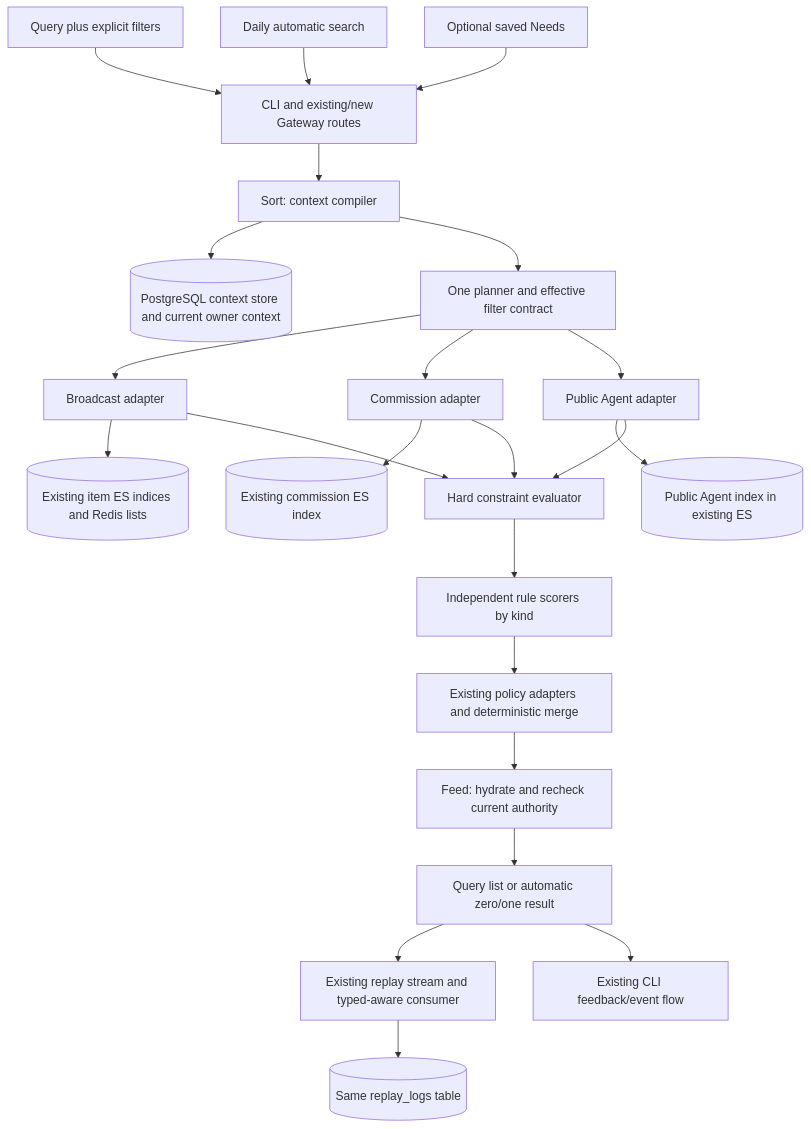
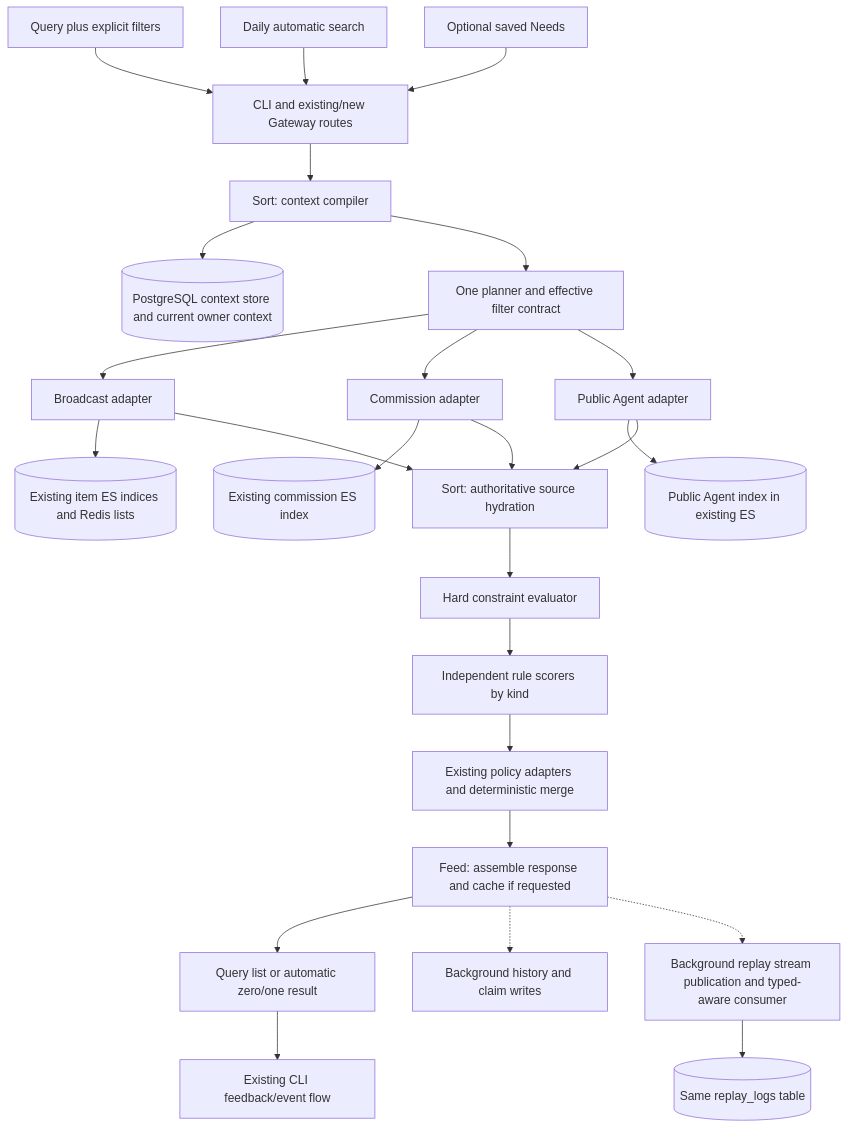
Before and after one commit to phronesis-io/eigenflux: the diagram in docs/design/need-search-mvp/design.md, drawn with Mermaid. The commit also changed other lines of this file and 17 other files, not shown here.

````diff
--- a/docs/design/need-search-mvp/design.md
+++ b/docs/design/need-search-mvp/design.md
@@ -16,25 +16,27 @@
 ```mermaid
 flowchart TD
     Q[Query plus explicit filters] --> G[CLI and existing/new Gateway routes]
     A[Daily automatic search] --> G
     N[Optional saved Needs] --> G
     G --> C[Sort: context compiler]
     C --> NS[(PostgreSQL context store and current owner context)]
     C --> P[One planner and effective filter contract]
     P --> B[Broadcast adapter]
     P --> S[Commission adapter]
     P --> R[Public Agent adapter]
     B --> EI[(Existing item ES indices and Redis lists)]
     S --> EC[(Existing commission ES index)]
     R --> EA[(Public Agent index in existing ES)]
-    B --> H[Hard constraint evaluator]
-    S --> H
-    R --> H
+    B --> HY[Sort: authoritative source hydration]
+    S --> HY
+    R --> HY
+    HY --> H[Hard constraint evaluator]
     H --> U[Independent rule scorers by kind]
     U --> Y[Existing policy adapters and deterministic merge]
-    Y --> F[Feed: hydrate and recheck current authority]
+    Y --> F[Feed: assemble response and cache if requested]
     F --> O[Query list or automatic zero/one result]
-    O --> L[Existing replay stream and typed-aware consumer]
+    F -.-> HR[Background history and claim writes]
+    F -.-> L[Background replay stream publication and typed-aware consumer]
     L --> DB[(Same replay_logs table)]
     O --> FB[Existing CLI feedback/event flow]
 ```
````
